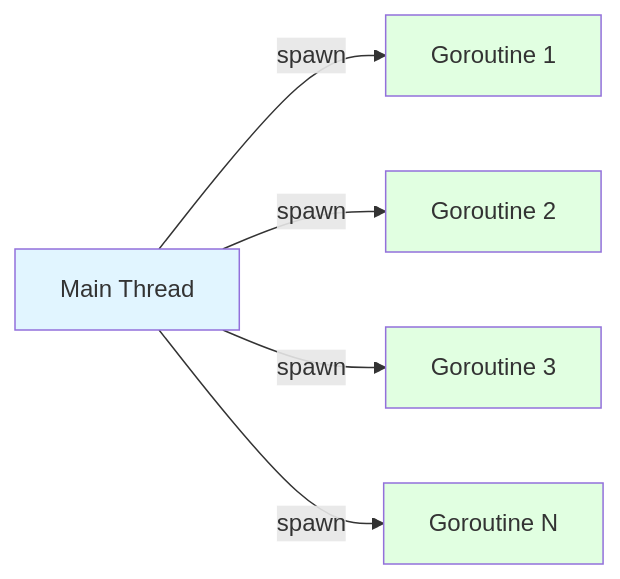
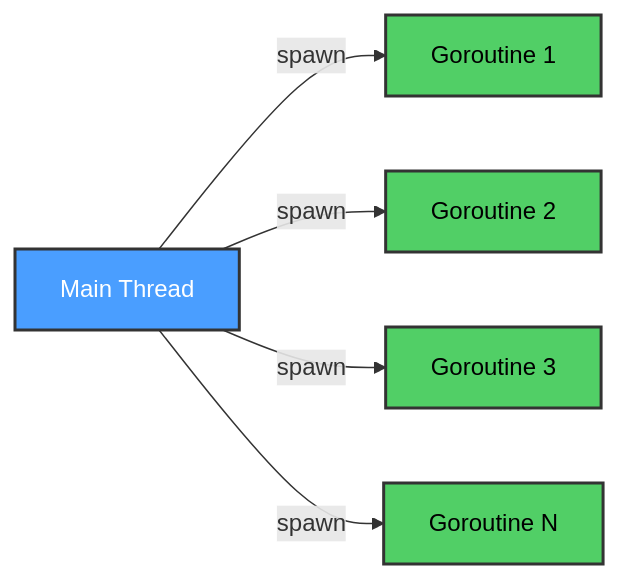
Diagram 12 of 17 in Level_3/Semester_1/Distributed_Systems/Project/System_Architecture_in_Distributed_Systems/docs/ARCHITECTURE.md (elewashy/Tanta-University), drawn with Mermaid before and after one commit. The commit also changed other lines of this file and 4 other files, not shown here.

````diff
--- a/Level_3/Semester_1/Distributed_Systems/Project/System_Architecture_in_Distributed_Systems/docs/ARCHITECTURE.md
+++ b/Level_3/Semester_1/Distributed_Systems/Project/System_Architecture_in_Distributed_Systems/docs/ARCHITECTURE.md
@@ -447,13 +447,13 @@
 ```mermaid
 graph LR
     A[Main Thread] -->|spawn| B[Goroutine 1]
     A -->|spawn| C[Goroutine 2]
     A -->|spawn| D[Goroutine 3]
     A -->|spawn| E[Goroutine N]
     
-    style A fill:#e1f5ff
-    style B fill:#e1ffe1
-    style C fill:#e1ffe1
-    style D fill:#e1ffe1
-    style E fill:#e1ffe1
+    style A fill:#4a9eff,stroke:#333,stroke-width:2px,color:#fff
+    style B fill:#51cf66,stroke:#333,stroke-width:2px,color:#000
+    style C fill:#51cf66,stroke:#333,stroke-width:2px,color:#000
+    style D fill:#51cf66,stroke:#333,stroke-width:2px,color:#000
+    style E fill:#51cf66,stroke:#333,stroke-width:2px,color:#000
 ```
````
